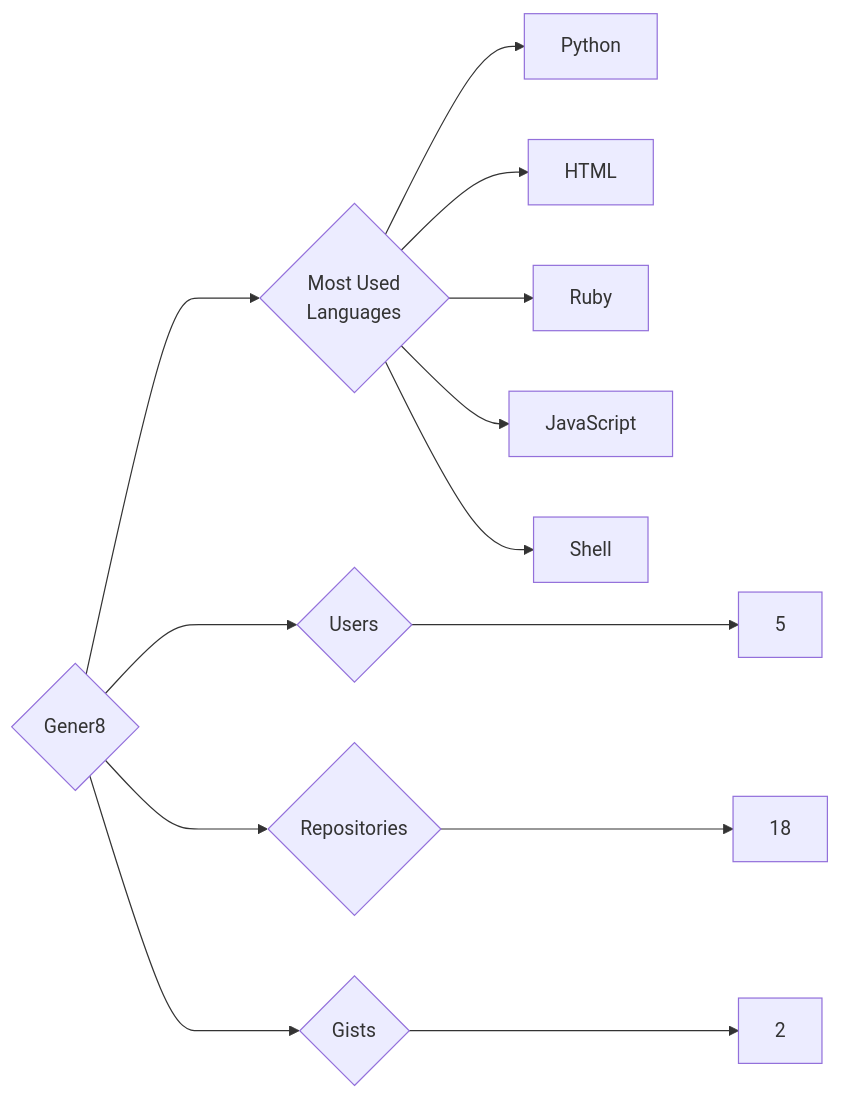
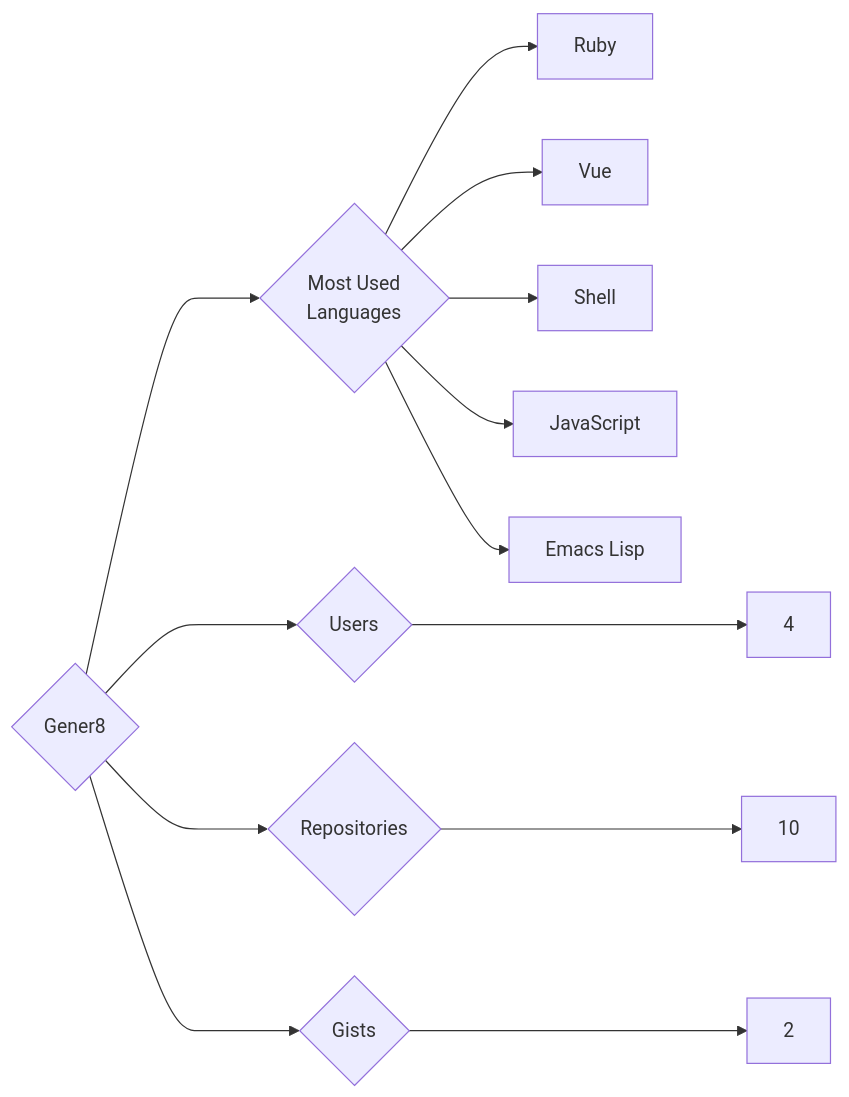
One commit to trickest/insiders changed the diagram in targets/Gener8/README.md. Above: the diagram before and after it, drawn with Mermaid. The commit also changed 1166 other files, not shown here.

````diff
--- a/targets/Gener8/README.md
+++ b/targets/Gener8/README.md
@@ -3,13 +3,13 @@
 ```mermaid
 graph LR
 COMPANY_NAME{Gener8}
-COMPANY_NAME ---> U{Users} ---> UN[5]
-COMPANY_NAME ---> R{Repositories} ---> RN[18]
+COMPANY_NAME ---> U{Users} ---> UN[4]
+COMPANY_NAME ---> R{Repositories} ---> RN[10]
 COMPANY_NAME ---> G{Gists} ---> GN[2]
 COMPANY_NAME ---> ML{Most Used<br>Languages}
-ML --> Python[Python]
-ML --> HTML[HTML]
 ML --> Ruby[Ruby]
+ML --> Vue[Vue]
+ML --> Shell[Shell]
 ML --> JavaScript[JavaScript]
-ML --> Shell[Shell]
+ML --> Emacs_Lisp[Emacs Lisp]
 ```
````
